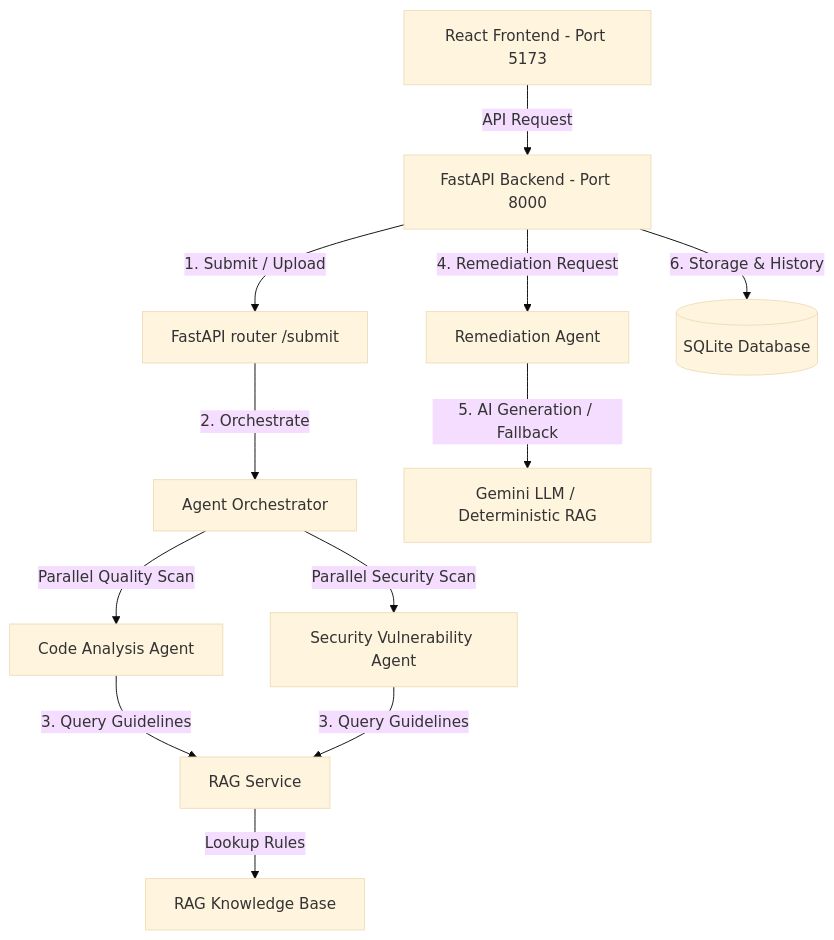
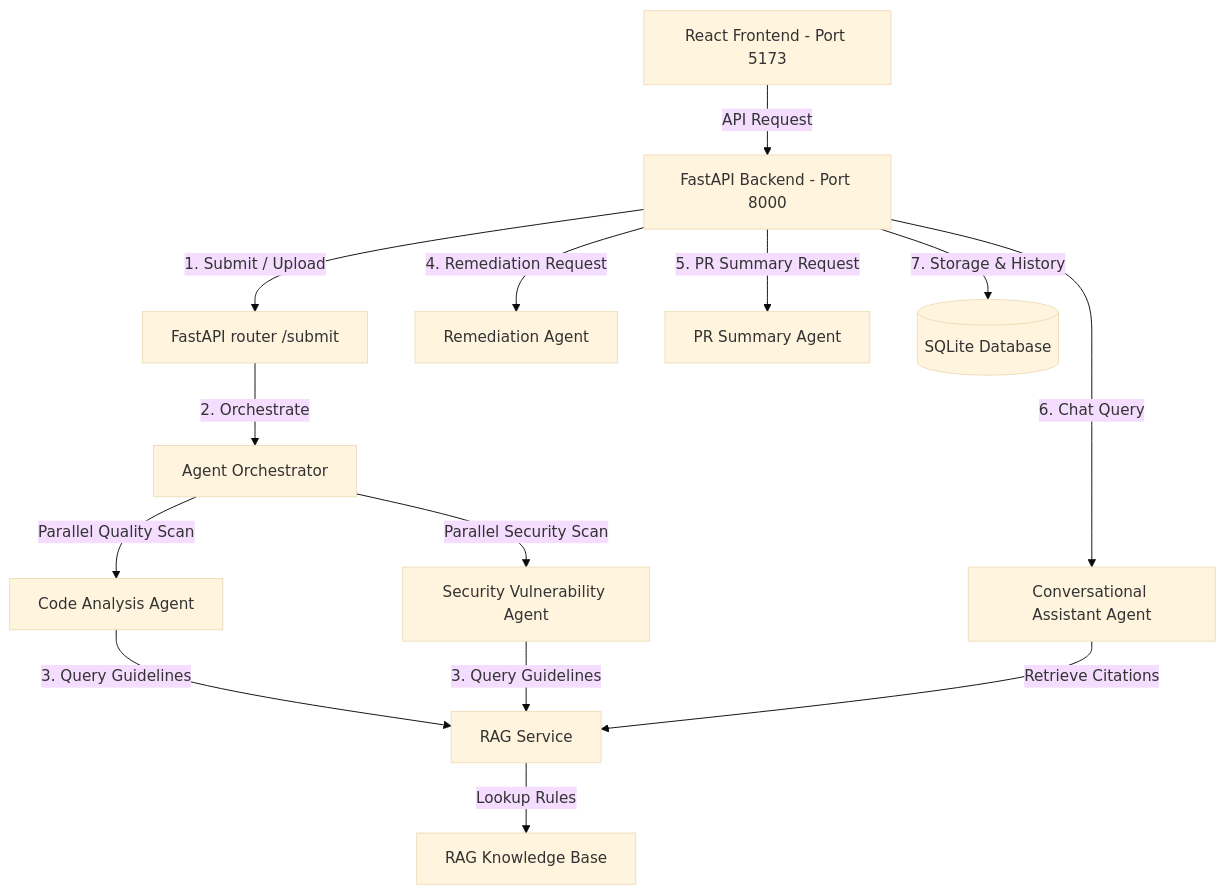
The diagram in projectguide.md (Eppanurarun/Autonomous-AI-workflow-Orchestrator-for-Software-Engineering-codebase-Migration-and-Refactoring), drawn with Mermaid (base theme) before and after one commit. The commit also changed other lines of this file and 13 other files, not shown here.

Commit message:
feat: complete Milestone 3 full suite (PR Summary Agent, Conversational Assistant, Health Score, and RAG chat drawer)

````diff
--- a/projectguide.md
+++ b/projectguide.md
@@ -9,13 +9,15 @@
 ```mermaid
 graph TD
     Client[React Frontend - Port 5173] -->|API Request| Backend[FastAPI Backend - Port 8000]
     Backend -->|1. Submit / Upload| API[FastAPI router /submit]
     API -->|2. Orchestrate| Orchestrator[Agent Orchestrator]
     Orchestrator -->|Parallel Quality Scan| CodeAnalysis[Code Analysis Agent]
     Orchestrator -->|Parallel Security Scan| SecurityAnalysis[Security Vulnerability Agent]
     CodeAnalysis & SecurityAnalysis -->|3. Query Guidelines| RAGService[RAG Service]
     RAGService -->|Lookup Rules| RAGKB[RAG Knowledge Base]
     Backend -->|4. Remediation Request| RemediationAgent[Remediation Agent]
-    RemediationAgent -->|5. AI Generation / Fallback| Gemini[Gemini LLM / Deterministic RAG]
-    Backend -->|6. Storage & History| SQLite[(SQLite Database)]
+    Backend -->|5. PR Summary Request| PRSummaryAgent[PR Summary Agent]
+    Backend -->|6. Chat Query| AssistantAgent[Conversational Assistant Agent]
+    AssistantAgent -->|Retrieve Citations| RAGService
+    Backend -->|7. Storage & History| SQLite[(SQLite Database)]
 ```
````
